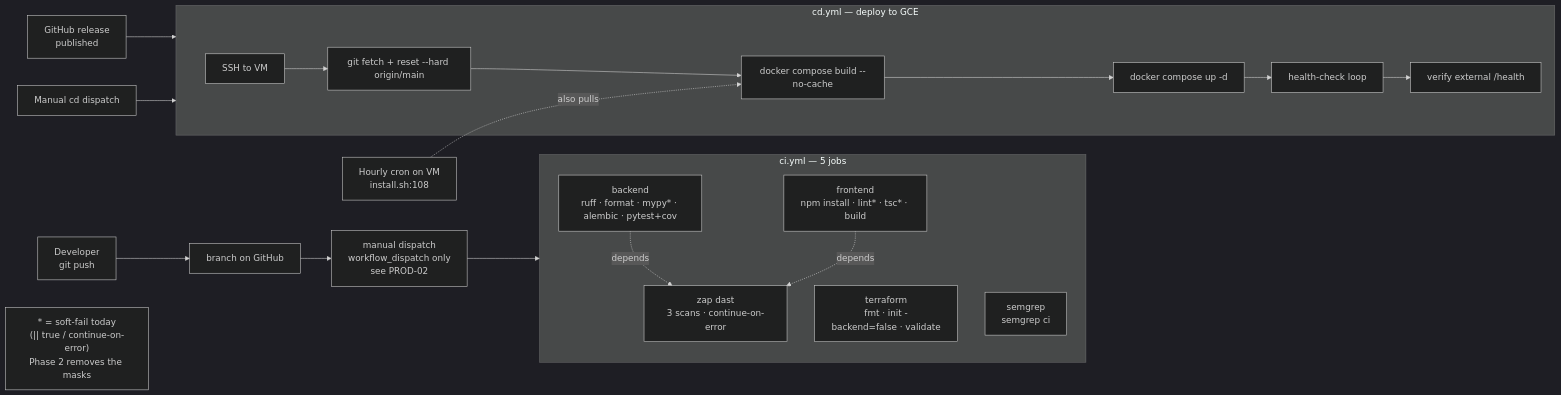
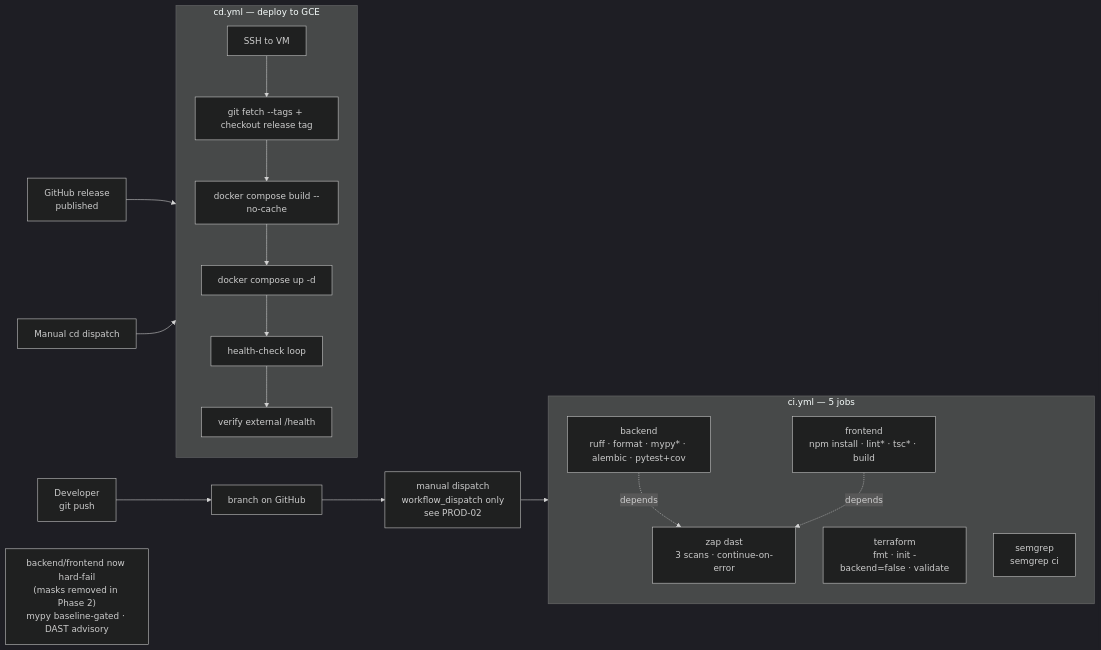
One commit to Cyber-Solutions-MD/getvul changed the diagram in docs/diagrams/pipelines-cicd.mmd. Above: the diagram before and after it, drawn with Mermaid (dark theme). The commit also changed 4 other files, not shown here.

```diff
--- a/docs/diagrams/pipelines-cicd.mmd
+++ b/docs/diagrams/pipelines-cicd.mmd
@@ -1,32 +1,30 @@
 %% docs/12-pipelines-cicd.md — CI/CD overview
 flowchart LR
     DEV[Developer<br/>git push] --> BR[branch on GitHub]
     BR --> WD[manual dispatch<br/>workflow_dispatch only<br/>see PROD-02]
     WD --> CI
 
     subgraph CI [ci.yml — 5 jobs]
         BE[backend<br/>ruff · format · mypy* · alembic · pytest+cov]
         FE[frontend<br/>npm install · lint* · tsc* · build]
         TF[terraform<br/>fmt · init -backend=false · validate]
         SAST[semgrep<br/>semgrep ci]
         DAST[zap dast<br/>3 scans · continue-on-error]
         BE -.depends.-> DAST
         FE -.depends.-> DAST
     end
 
     REL[GitHub release<br/>published] --> CD
     MANUAL[Manual cd dispatch] --> CD
 
     subgraph CD [cd.yml — deploy to GCE]
         SSH[SSH to VM]
-        PULL[git fetch + reset --hard origin/main]
+        PULL[git fetch --tags + checkout release tag]
         BUILD[docker compose build --no-cache]
         UP[docker compose up -d]
         HC[health-check loop]
         VER[verify external /health]
         SSH --> PULL --> BUILD --> UP --> HC --> VER
     end
 
-    CRON[Hourly cron on VM<br/>install.sh:108] -.also pulls.-> BUILD
-
-    note["* = soft-fail today<br/>(|| true / continue-on-error)<br/>Phase 2 removes the masks"]
+    note["backend/frontend now hard-fail<br/>(masks removed in Phase 2)<br/>mypy baseline-gated · DAST advisory"]
```
